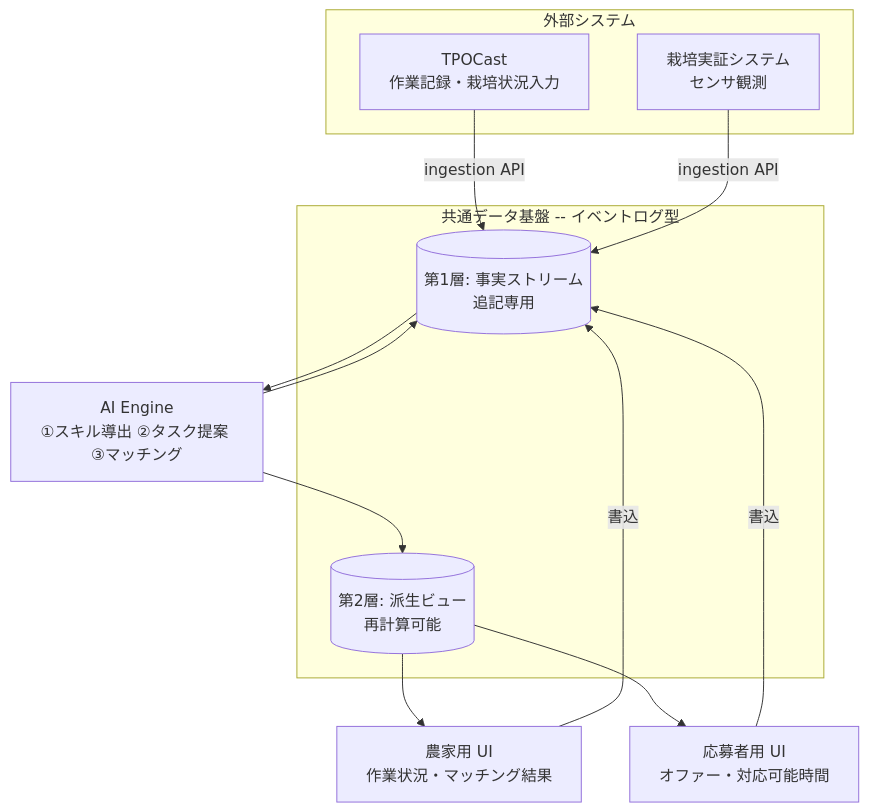
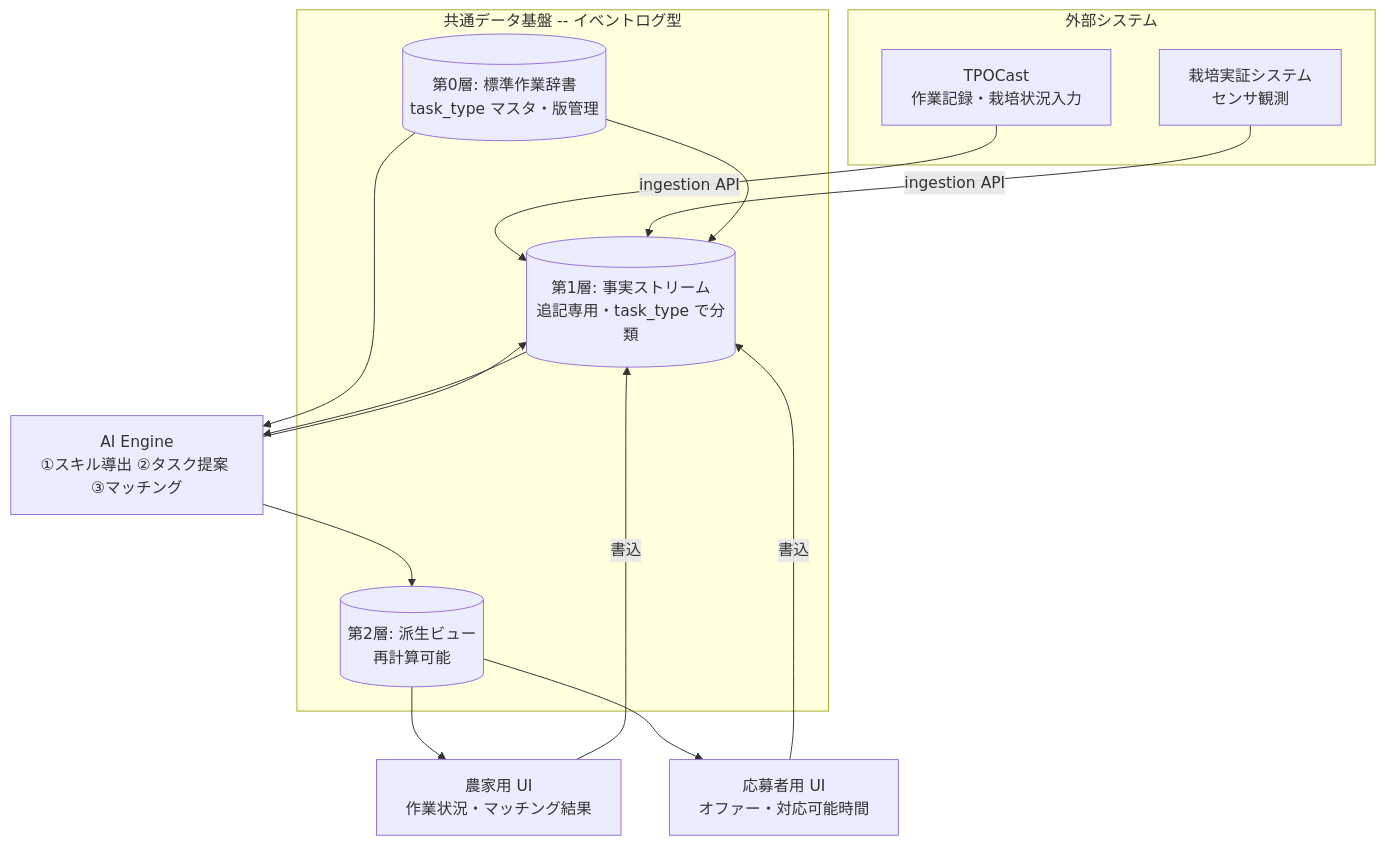
One commit to hiroyuki-nobutomo/sodat_control changed the third of 4 diagrams in docs/sodat-r8-architecture.md. Above: the diagram before and after it, drawn with Mermaid. The commit also changed other lines of this file, not shown here.

First line of the commit message:
docs(sodat): establish standardized task as the design core

````diff
--- a/docs/sodat-r8-architecture.md
+++ b/docs/sodat-r8-architecture.md
@@ -77,27 +151,30 @@
 ```mermaid
 flowchart TB
     subgraph external[外部システム]
         TPOCast[TPOCast<br/>作業記録・栽培状況入力]
         Cultiv[栽培実証システム<br/>センサ観測]
     end
 
     subgraph core[共通データ基盤 -- イベントログ型]
-        Facts[(第1層: 事実ストリーム<br/>追記専用)]
+        Dict[(第0層: 標準作業辞書<br/>task_type マスタ・版管理)]
+        Facts[(第1層: 事実ストリーム<br/>追記専用・task_type で分類)]
         Views[(第2層: 派生ビュー<br/>再計算可能)]
     end
 
     Engine[AI Engine<br/>①スキル導出 ②タスク提案 ③マッチング]
 
     FarmerUI[農家用 UI<br/>作業状況・マッチング結果]
     WorkerUI[応募者用 UI<br/>オファー・対応可能時間]
 
     TPOCast -->|ingestion API| Facts
     Cultiv -->|ingestion API| Facts
+    Dict --> Facts
+    Dict --> Engine
     Facts --> Engine
     Engine --> Views
     Engine --> Facts
     Views --> FarmerUI
     Views --> WorkerUI
     FarmerUI -->|書込| Facts
     WorkerUI -->|書込| Facts
 ```
````
